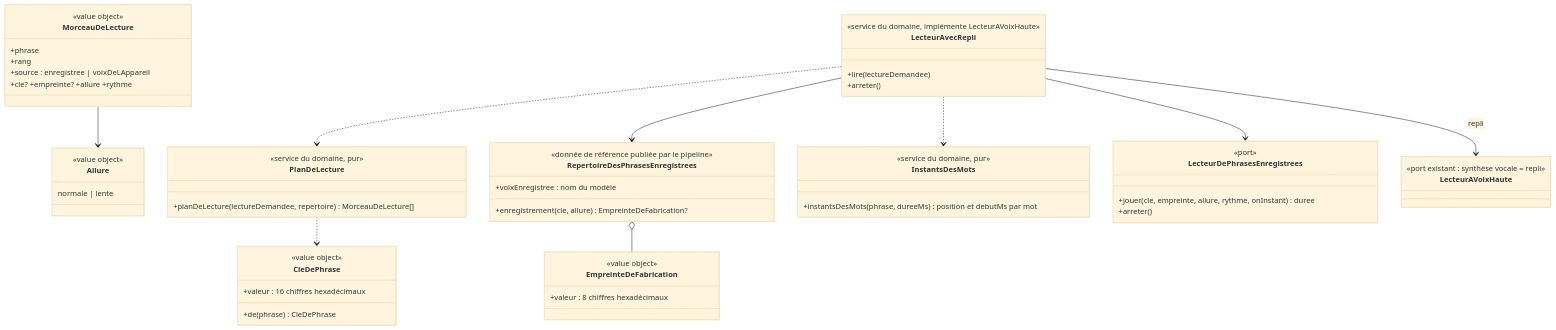
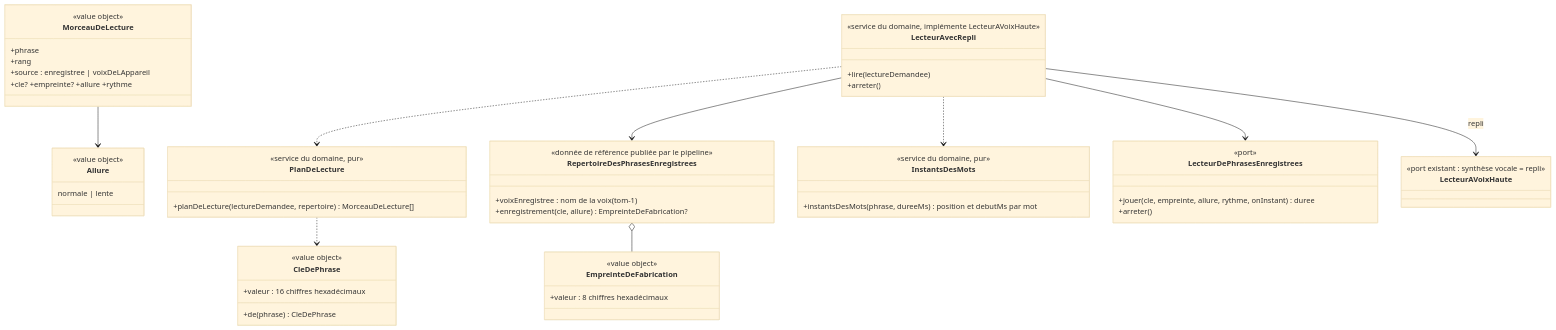
One commit to SBA-dev/github-move changed the diagram in docs/stories/182/domain-model.md. Above: the diagram before and after it, drawn with Mermaid (base theme). The commit also changed other lines of this file and 2 other files, not shown here.

First line of the commit message:
docs(#182): modèle 1 de « tom » retenu, 32 kbit/s, plus de question ouverte

````diff
--- a/docs/stories/182/domain-model.md
+++ b/docs/stories/182/domain-model.md
@@ -59,57 +59,57 @@
 ```mermaid
 classDiagram
   class CleDePhrase {
     <<value object>>
     +valeur : 16 chiffres hexadécimaux
     +de(phrase) CleDePhrase
   }
   class EmpreinteDeFabrication {
     <<value object>>
     +valeur : 8 chiffres hexadécimaux
   }
   class Allure {
     <<value object>>
     normale | lente
   }
   class RepertoireDesPhrasesEnregistrees {
     <<donnée de référence publiée par le pipeline>>
-    +voixEnregistree : nom du modèle
+    +voixEnregistree : nom de la voix (tom-1)
     +enregistrement(cle, allure) EmpreinteDeFabrication?
   }
   class MorceauDeLecture {
     <<value object>>
     +phrase
     +rang
     +source : enregistree | voixDeLAppareil
     +cle? +empreinte? +allure +rythme
   }
   class PlanDeLecture {
     <<service du domaine, pur>>
     +planDeLecture(lectureDemandee, repertoire) MorceauDeLecture[]
   }
   class InstantsDesMots {
     <<service du domaine, pur>>
     +instantsDesMots(phrase, dureeMs) position et debutMs par mot
   }
   class LecteurAvecRepli {
     <<service du domaine, implémente LecteurAVoixHaute>>
     +lire(lectureDemandee)
     +arreter()
   }
   class LecteurDePhrasesEnregistrees {
     <<port>>
     +jouer(cle, empreinte, allure, rythme, onInstant) duree
     +arreter()
   }
   class LecteurAVoixHaute {
     <<port existant : synthèse vocale = repli>>
   }
   LecteurAvecRepli ..> PlanDeLecture
   LecteurAvecRepli ..> InstantsDesMots
   LecteurAvecRepli --> LecteurDePhrasesEnregistrees
   LecteurAvecRepli --> LecteurAVoixHaute : repli
   LecteurAvecRepli --> RepertoireDesPhrasesEnregistrees
   PlanDeLecture ..> CleDePhrase
   RepertoireDesPhrasesEnregistrees o-- EmpreinteDeFabrication
   MorceauDeLecture --> Allure
 ```
````
